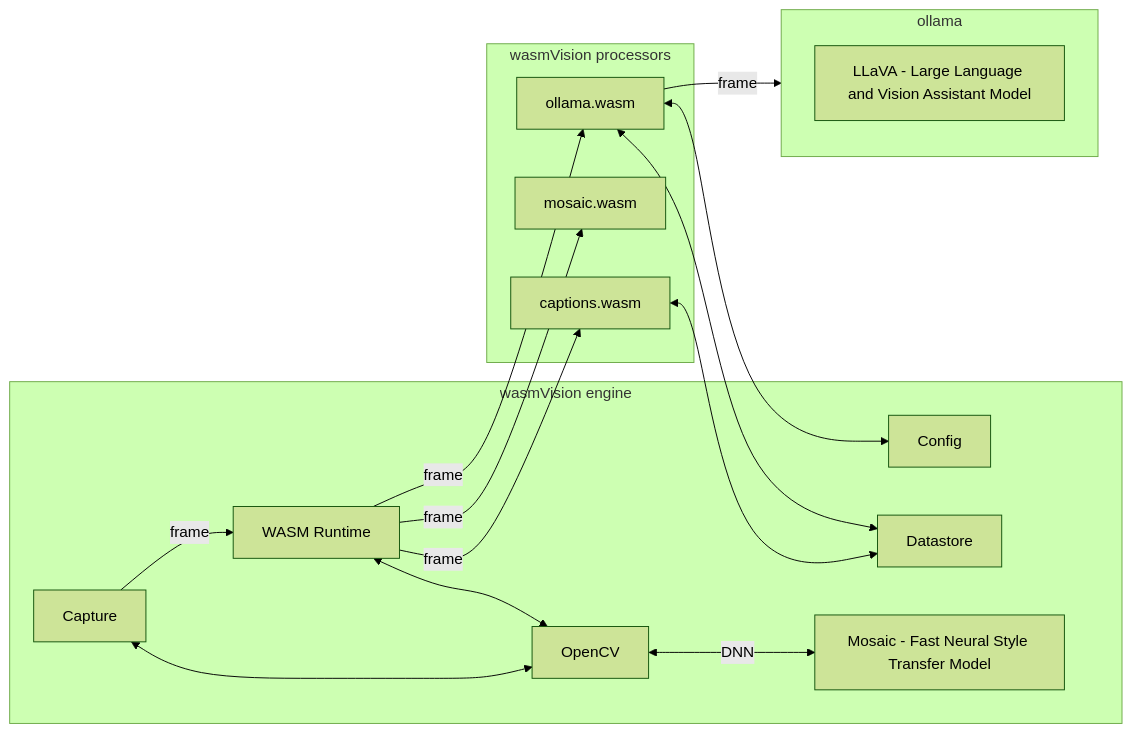
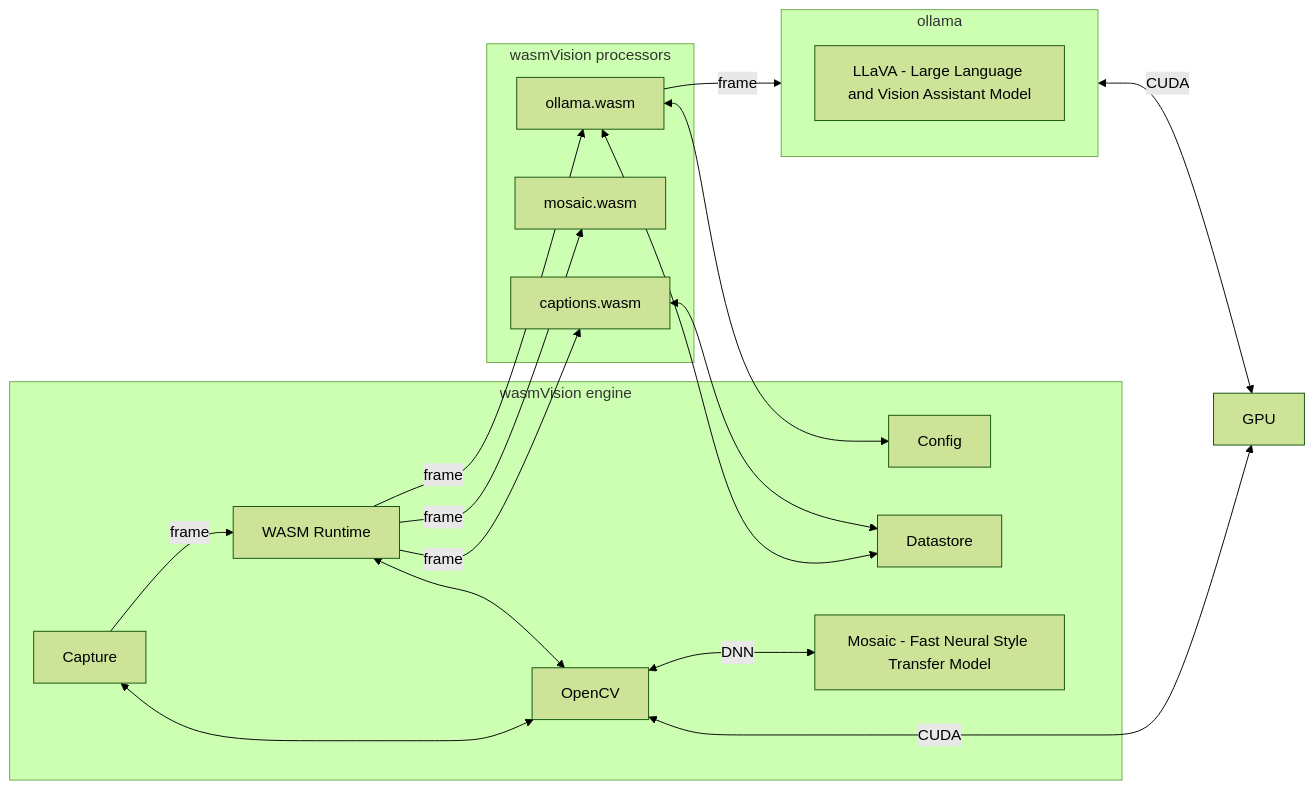
One commit to deadprogram/opencv-live-2025 changed the diagram in diagrams/wasmvision-ollama.md. Above: the diagram before and after it, drawn with Mermaid (forest theme). The commit also changed 7 other files, not shown here.

````diff
--- a/diagrams/wasmvision-ollama.md
+++ b/diagrams/wasmvision-ollama.md
@@ -1,25 +1,27 @@
 ```mermaid
 flowchart LR
     subgraph wasmVision engine
         Capture
         Runtime[WASM Runtime]
-        Runtime<-->OpenCV
         Capture--frame-->Runtime
         Capture<-->OpenCV
+        Runtime<-->OpenCV
         Config
         Datastore
         OpenCV<--DNN-->DNN[Mosaic - Fast Neural Style Transfer Model]
     end
     subgraph wasmVision processors
         Runtime--frame-->ollama.wasm
         Runtime--frame-->mosaic.wasm
         Runtime--frame-->captions.wasm
     end
     ollama.wasm--frame-->ollama
     subgraph ollama
         llava[LLaVA - Large Language and Vision Assistant Model]
     end
     ollama.wasm<-->Config
     ollama.wasm<-->Datastore
     captions.wasm<-->Datastore
+    OpenCV<--CUDA-->GPU
+    ollama<--CUDA-->GPU
 ```
````
